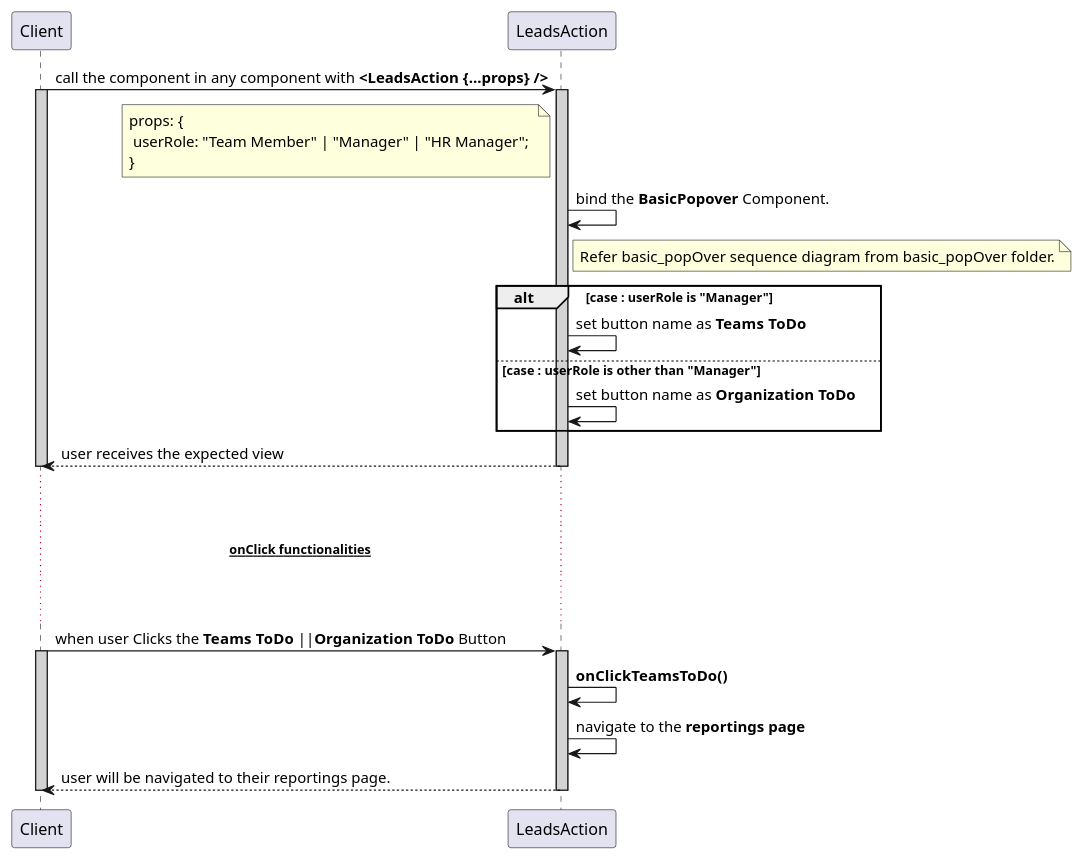
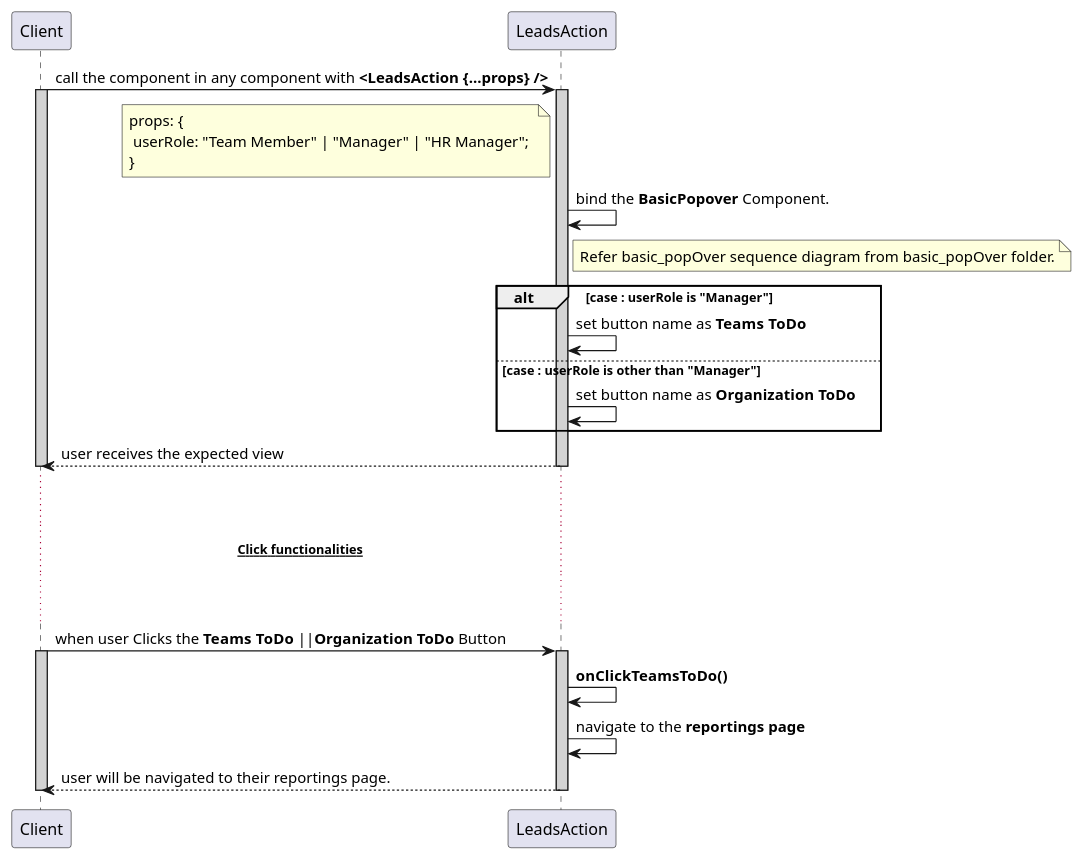
Before and after one commit to avasoft-mobility/workday-design: the diagram in frontend/components/leads_action/leads_action.sequence.puml, drawn with PlantUML. The commit also changed 9 other files, not shown here.

```diff
--- a/frontend/components/leads_action/leads_action.sequence.puml
+++ b/frontend/components/leads_action/leads_action.sequence.puml
@@ -1,33 +1,33 @@
 @startuml leads action
 participant Client
 participant LeadsAction
 
 Client -> LeadsAction : call the component in any component with **<LeadsAction {...props} />**
 activate Client #D3D3D3
     activate LeadsAction #D3D3D3
         note left of LeadsAction : props: {\n userRole: "Team Member" | "Manager" | "HR Manager"; \n}
         LeadsAction -> LeadsAction : bind the **BasicPopover** Component.
         note right of LeadsAction : Refer basic_popOver sequence diagram from basic_popOver folder.
         alt case : userRole is "Manager"
             LeadsAction -> LeadsAction : set button name as **Teams ToDo**
         else case : userRole is other than "Manager"
             LeadsAction -> LeadsAction : set button name as **Organization ToDo**
         end
         Client <-- LeadsAction : user receives the expected view
     deactivate LeadsAction
 deactivate Client
 
 ... ...
-...~~**onClick functionalities**~~ ...
+...~~**Click functionalities**~~ ...
 ... ...
 
 Client -> LeadsAction : when user Clicks the **Teams ToDo** ||**Organization ToDo** Button
 activate Client #D3D3D3
     activate LeadsAction #D3D3D3
         LeadsAction -> LeadsAction : **onClickTeamsToDo()**
         LeadsAction -> LeadsAction : navigate to the **reportings page**
         Client <-- LeadsAction : user will be navigated to their reportings page.
     deactivate LeadsAction
 deactivate Client
 
 @enduml
```
